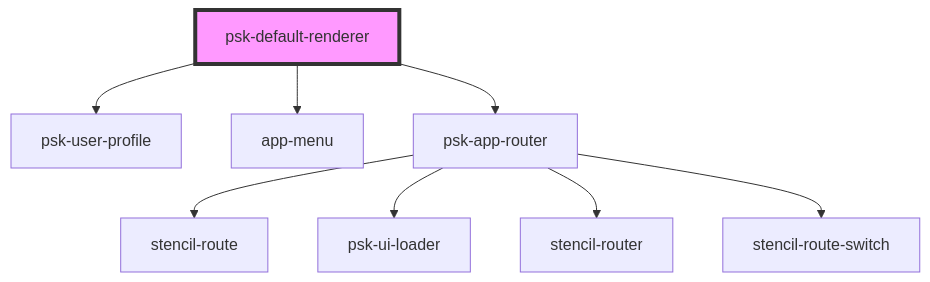
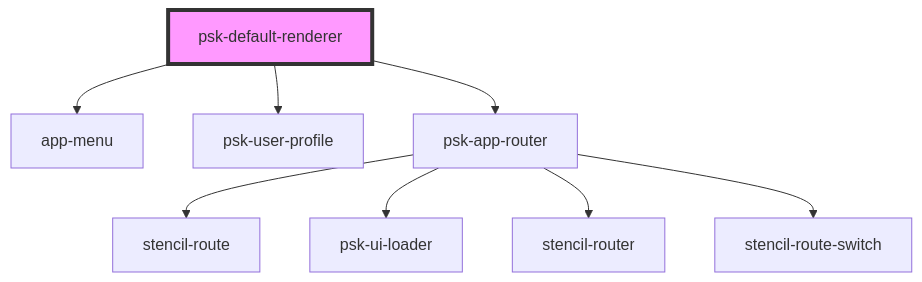
Before and after one commit to daniel-visoiu/cardinal: the diagram in src/components/renderers/app-root-renders/readme.md, drawn with Mermaid. The commit also changed other lines of this file and 5 other files, not shown here.

````diff
--- a/src/components/renderers/app-root-renders/readme.md
+++ b/src/components/renderers/app-root-renders/readme.md
@@ -17,11 +17,11 @@
 ```mermaid
 graph TD;
+  psk-default-renderer --> app-menu
   psk-default-renderer --> psk-user-profile
-  psk-default-renderer --> app-menu
   psk-default-renderer --> psk-app-router
   psk-app-router --> stencil-route
   psk-app-router --> psk-ui-loader
   psk-app-router --> stencil-router
   psk-app-router --> stencil-route-switch
   style psk-default-renderer fill:#f9f,stroke:#333,stroke-width:4px
 ```
````
